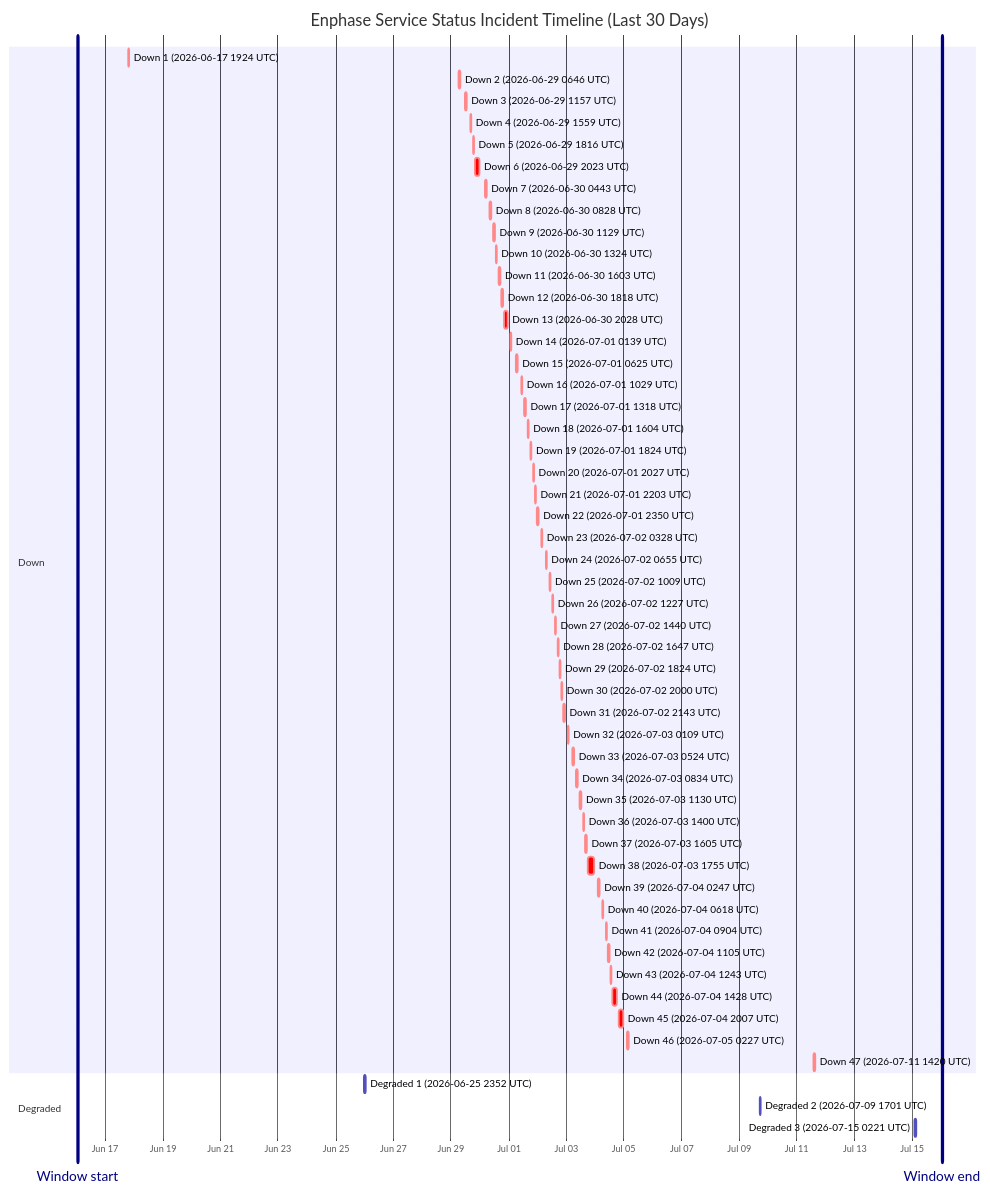
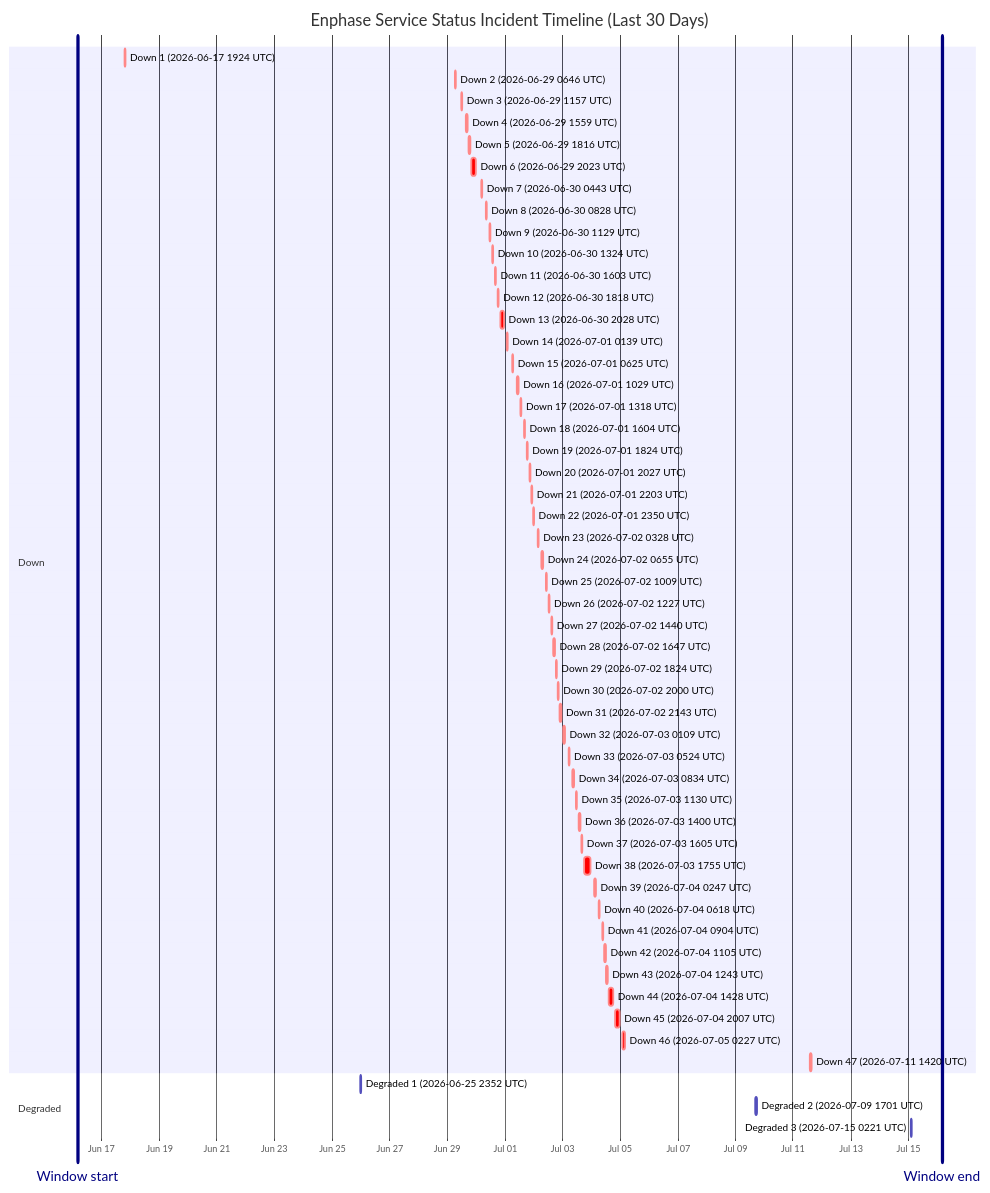
Before and after one commit to barneyonline/ha-enphase-energy: the diagram in wiki/Service-Status-History.md, drawn with Mermaid. The commit also changed other lines of this file and 3 other files, not shown here.

````diff
--- a/wiki/Service-Status-History.md
+++ b/wiki/Service-Status-History.md
@@ -14,60 +14,60 @@
 ```mermaid
 gantt
     title Enphase Service Status Incident Timeline (Last 30 Days)
     dateFormat  YYYY-MM-DDTHH:mm:ss
     axisFormat  %b %d
-    Window start :vert, window-start, 2026-06-16T00:55:10, 0ms
-    Window end :vert, window-end, 2026-07-16T00:55:10, 0ms
+    Window start :vert, window-start, 2026-06-16T04:07:20, 0ms
+    Window end :vert, window-end, 2026-07-16T04:07:20, 0ms
     section Down
     Down 1 (2026-06-17 1924 UTC) :crit, down-1, 2026-06-17T19:24:51, 60m
     Down 2 (2026-06-29 0646 UTC) :crit, down-2, 2026-06-29T06:46:18, 60m
     Down 3 (2026-06-29 1157 UTC) :crit, down-3, 2026-06-29T11:57:36, 60m
     Down 4 (2026-06-29 1559 UTC) :crit, down-4, 2026-06-29T15:59:02, 60m
     Down 5 (2026-06-29 1816 UTC) :crit, down-5, 2026-06-29T18:16:38, 60m
     Down 6 (2026-06-29 2023 UTC) :crit, down-6, 2026-06-29T20:23:16, 220m
     Down 7 (2026-06-30 0443 UTC) :crit, down-7, 2026-06-30T04:43:54, 60m
     Down 8 (2026-06-30 0828 UTC) :crit, down-8, 2026-06-30T08:28:43, 60m
     Down 9 (2026-06-30 1129 UTC) :crit, down-9, 2026-06-30T11:29:15, 60m
     Down 10 (2026-06-30 1324 UTC) :crit, down-10, 2026-06-30T13:24:25, 60m
     Down 11 (2026-06-30 1603 UTC) :crit, down-11, 2026-06-30T16:03:26, 60m
     Down 12 (2026-06-30 1818 UTC) :crit, down-12, 2026-06-30T18:18:39, 60m
     Down 13 (2026-06-30 2028 UTC) :crit, down-13, 2026-06-30T20:28:54, 171m
     Down 14 (2026-07-01 0139 UTC) :crit, down-14, 2026-07-01T01:39:18, 60m
     Down 15 (2026-07-01 0625 UTC) :crit, down-15, 2026-07-01T06:25:35, 60m
     Down 16 (2026-07-01 1029 UTC) :crit, down-16, 2026-07-01T10:29:24, 60m
     Down 17 (2026-07-01 1318 UTC) :crit, down-17, 2026-07-01T13:18:31, 60m
     Down 18 (2026-07-01 1604 UTC) :crit, down-18, 2026-07-01T16:04:29, 60m
     Down 19 (2026-07-01 1824 UTC) :crit, down-19, 2026-07-01T18:24:21, 60m
     Down 20 (2026-07-01 2027 UTC) :crit, down-20, 2026-07-01T20:27:17, 60m
     Down 21 (2026-07-01 2203 UTC) :crit, down-21, 2026-07-01T22:03:46, 60m
     Down 22 (2026-07-01 2350 UTC) :crit, down-22, 2026-07-01T23:50:52, 60m
     Down 23 (2026-07-02 0328 UTC) :crit, down-23, 2026-07-02T03:28:33, 60m
     Down 24 (2026-07-02 0655 UTC) :crit, down-24, 2026-07-02T06:55:07, 60m
     Down 25 (2026-07-02 1009 UTC) :crit, down-25, 2026-07-02T10:09:15, 60m
     Down 26 (2026-07-02 1227 UTC) :crit, down-26, 2026-07-02T12:27:49, 60m
     Down 27 (2026-07-02 1440 UTC) :crit, down-27, 2026-07-02T14:40:53, 60m
     Down 28 (2026-07-02 1647 UTC) :crit, down-28, 2026-07-02T16:47:47, 60m
     Down 29 (2026-07-02 1824 UTC) :crit, down-29, 2026-07-02T18:24:26, 60m
     Down 30 (2026-07-02 2000 UTC) :crit, down-30, 2026-07-02T20:00:57, 60m
     Down 31 (2026-07-02 2143 UTC) :crit, down-31, 2026-07-02T21:43:52, 80m
     Down 32 (2026-07-03 0109 UTC) :crit, down-32, 2026-07-03T01:09:19, 60m
     Down 33 (2026-07-03 0524 UTC) :crit, down-33, 2026-07-03T05:24:23, 60m
     Down 34 (2026-07-03 0834 UTC) :crit, down-34, 2026-07-03T08:34:05, 60m
     Down 35 (2026-07-03 1130 UTC) :crit, down-35, 2026-07-03T11:30:41, 60m
     Down 36 (2026-07-03 1400 UTC) :crit, down-36, 2026-07-03T14:00:48, 60m
     Down 37 (2026-07-03 1605 UTC) :crit, down-37, 2026-07-03T16:05:49, 60m
     Down 38 (2026-07-03 1755 UTC) :crit, down-38, 2026-07-03T17:55:54, 338m
     Down 39 (2026-07-04 0247 UTC) :crit, down-39, 2026-07-04T02:47:22, 60m
     Down 40 (2026-07-04 0618 UTC) :crit, down-40, 2026-07-04T06:18:09, 60m
     Down 41 (2026-07-04 0904 UTC) :crit, down-41, 2026-07-04T09:04:41, 60m
     Down 42 (2026-07-04 1105 UTC) :crit, down-42, 2026-07-04T11:05:21, 60m
     Down 43 (2026-07-04 1243 UTC) :crit, down-43, 2026-07-04T12:43:25, 60m
     Down 44 (2026-07-04 1428 UTC) :crit, down-44, 2026-07-04T14:28:07, 243m
     Down 45 (2026-07-04 2007 UTC) :crit, down-45, 2026-07-04T20:07:50, 206m
     Down 46 (2026-07-05 0227 UTC) :crit, down-46, 2026-07-05T02:27:32, 109m
     Down 47 (2026-07-11 1420 UTC) :crit, down-47, 2026-07-11T14:20:54, 69m
     section Degraded
     Degraded 1 (2026-06-25 2352 UTC) :active, degraded-1, 2026-06-25T23:52:01, 60m
     Degraded 2 (2026-07-09 1701 UTC) :active, degraded-2, 2026-07-09T17:01:02, 60m
     Degraded 3 (2026-07-15 0221 UTC) :active, degraded-3, 2026-07-15T02:21:35, 60m
 ```
````
